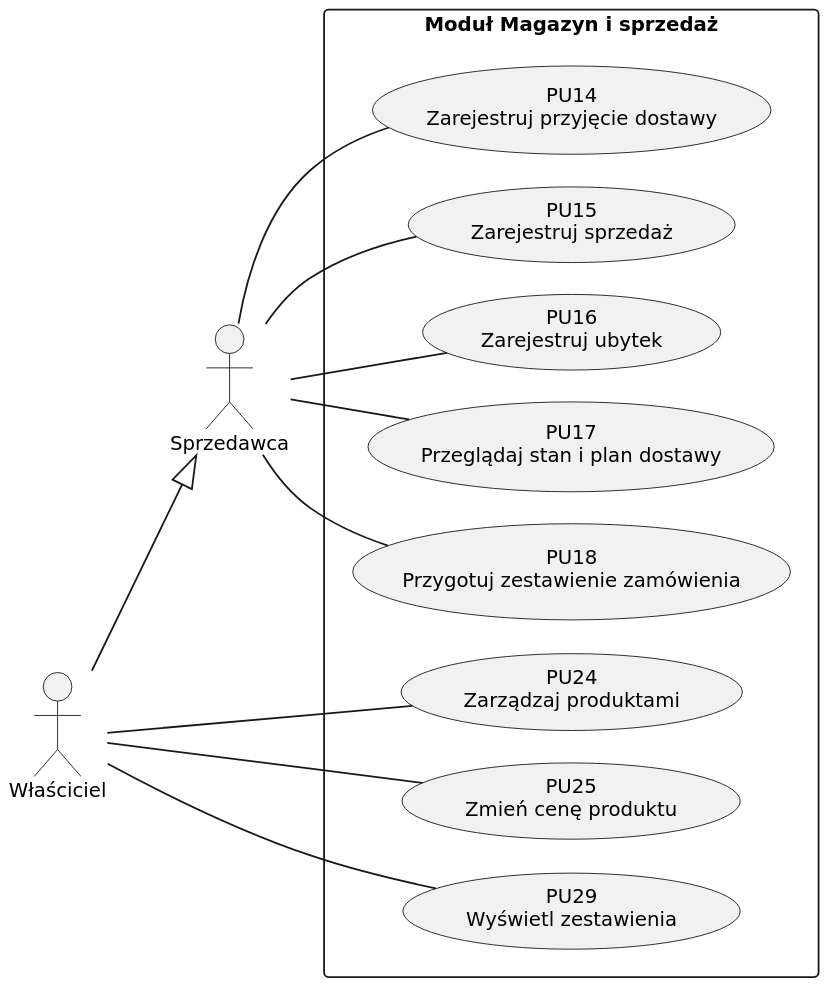
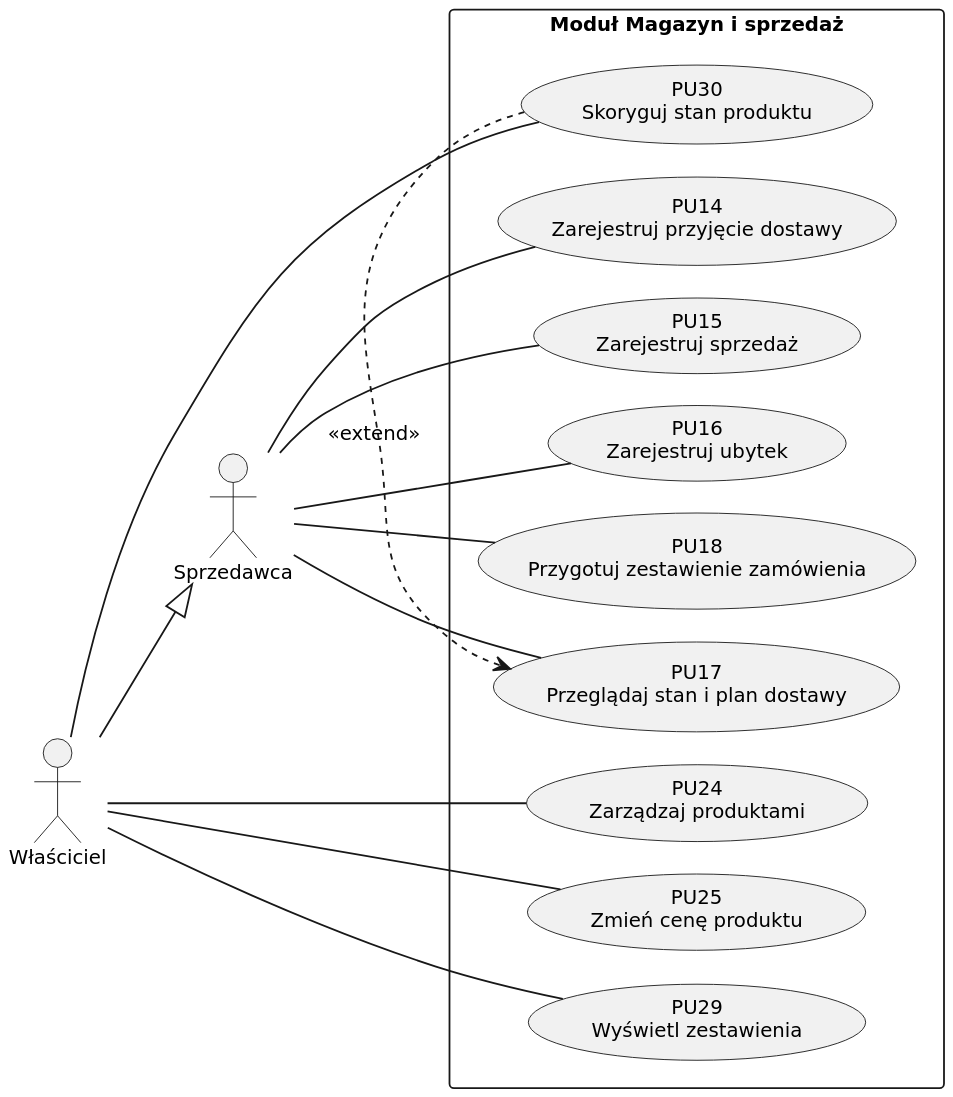
One commit to Kariseks/internetowe_bazy_danych changed the diagram in dokumentacja/rysunki/diagramy/src/pu-modul-magazyn.puml. Above: the diagram before and after it, drawn with PlantUML. The commit also changed 23 other files, not shown here.

First line of the commit message:
Poprawki merytoryczne po przeglądzie, ERD i zasady pisania

```diff
--- a/dokumentacja/rysunki/diagramy/src/pu-modul-magazyn.puml
+++ b/dokumentacja/rysunki/diagramy/src/pu-modul-magazyn.puml
@@ -1,35 +1,38 @@
 @startuml pu-modul-magazyn
 skinparam monochrome true
 skinparam shadowing false
 skinparam dpi 200
 skinparam defaultFontName DejaVu Sans
 skinparam defaultFontSize 11
 skinparam packageStyle rectangle
 skinparam nodesep 18
 skinparam ranksep 35
 left to right direction
 
 actor "Sprzedawca" as Sprzedawca
 actor "Właściciel" as Wlasciciel
 
 rectangle "Moduł Magazyn i sprzedaż" {
   usecase "PU14\nZarejestruj przyjęcie dostawy" as PU14
   usecase "PU15\nZarejestruj sprzedaż" as PU15
   usecase "PU16\nZarejestruj ubytek" as PU16
   usecase "PU17\nPrzeglądaj stan i plan dostawy" as PU17
   usecase "PU18\nPrzygotuj zestawienie zamówienia" as PU18
   usecase "PU24\nZarządzaj produktami" as PU24
   usecase "PU25\nZmień cenę produktu" as PU25
   usecase "PU29\nWyświetl zestawienia" as PU29
+  usecase "PU30\nSkoryguj stan produktu" as PU30
 }
 
 Wlasciciel --|> Sprzedawca
 Sprzedawca -- PU14
 Sprzedawca -- PU15
 Sprzedawca -- PU16
 Sprzedawca -- PU17
 Sprzedawca -- PU18
 Wlasciciel -- PU24
 Wlasciciel -- PU25
 Wlasciciel -- PU29
+Wlasciciel -- PU30
+PU30 .> PU17 : <<extend>>
 @enduml
```
